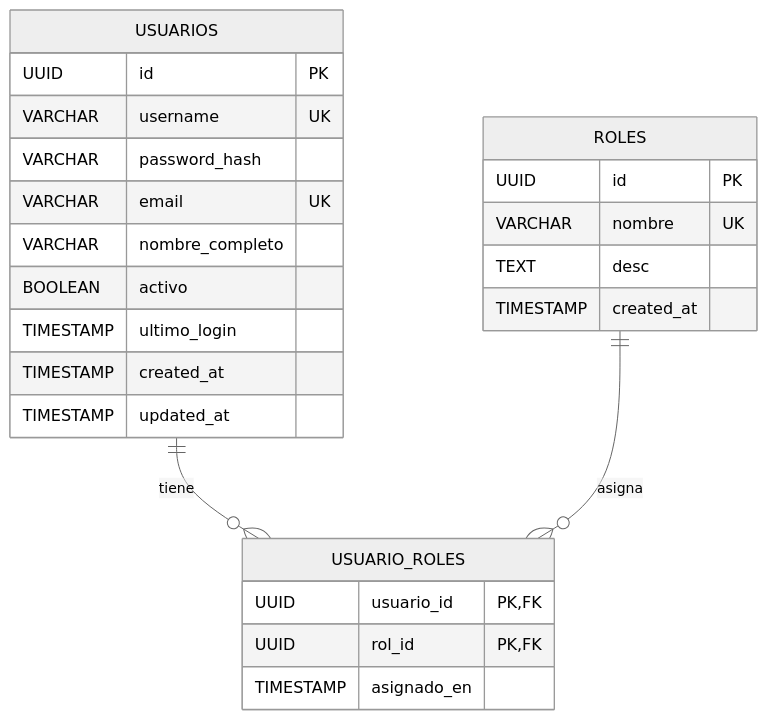
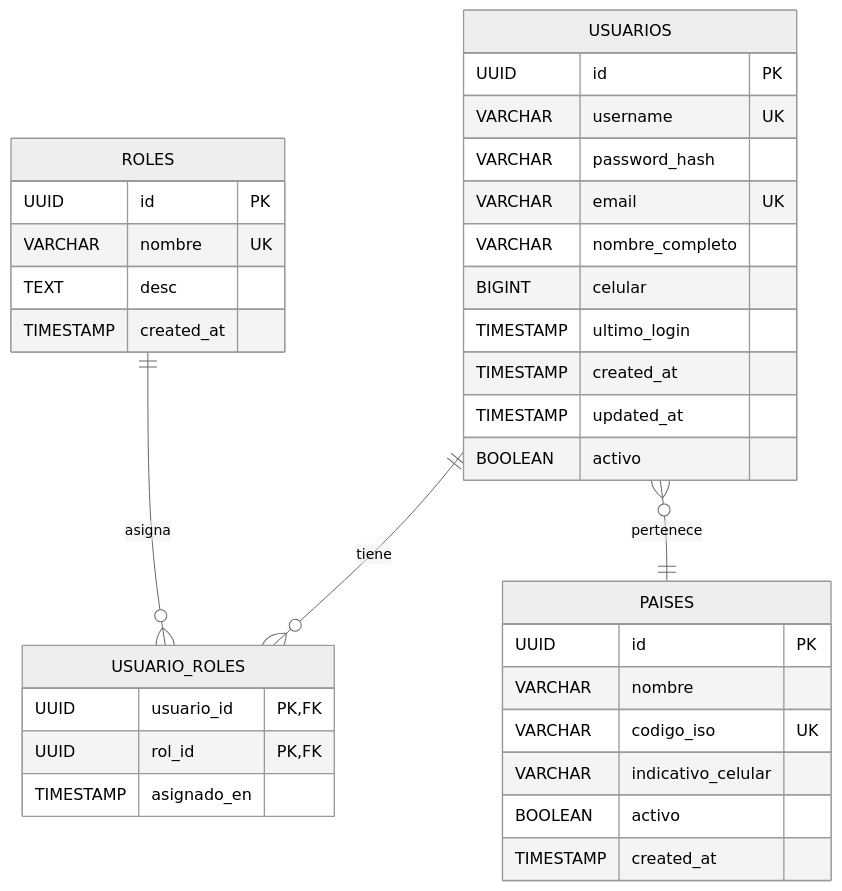
Before and after one commit to 42mrnobody42-alt/investment-tracker: the first of 11 diagrams in README.md, drawn with Mermaid (neutral theme). The commit also changed other lines of this file, not shown here.

````diff
--- a/README.md
+++ b/README.md
@@ -151,27 +161,37 @@
 ```mermaid
 erDiagram
     ROLES {
         UUID id PK
         VARCHAR nombre UK
         TEXT desc
         TIMESTAMP created_at
     }
     USUARIOS {
         UUID id PK
         VARCHAR username UK
         VARCHAR password_hash
         VARCHAR email UK
         VARCHAR nombre_completo
-        BOOLEAN activo
+        BIGINT celular
         TIMESTAMP ultimo_login
         TIMESTAMP created_at
         TIMESTAMP updated_at
+        BOOLEAN activo
+    }
+    PAISES {
+        UUID id PK
+        VARCHAR nombre
+        VARCHAR codigo_iso UK
+        VARCHAR indicativo_celular
+        BOOLEAN activo
+        TIMESTAMP created_at
     }
     USUARIO_ROLES {
         UUID usuario_id PK,FK
         UUID rol_id PK,FK
         TIMESTAMP asignado_en
     }
     USUARIOS ||--o{ USUARIO_ROLES : tiene
     ROLES ||--o{ USUARIO_ROLES : asigna
+    USUARIOS }o--|| PAISES : pertenece
 ```
````
